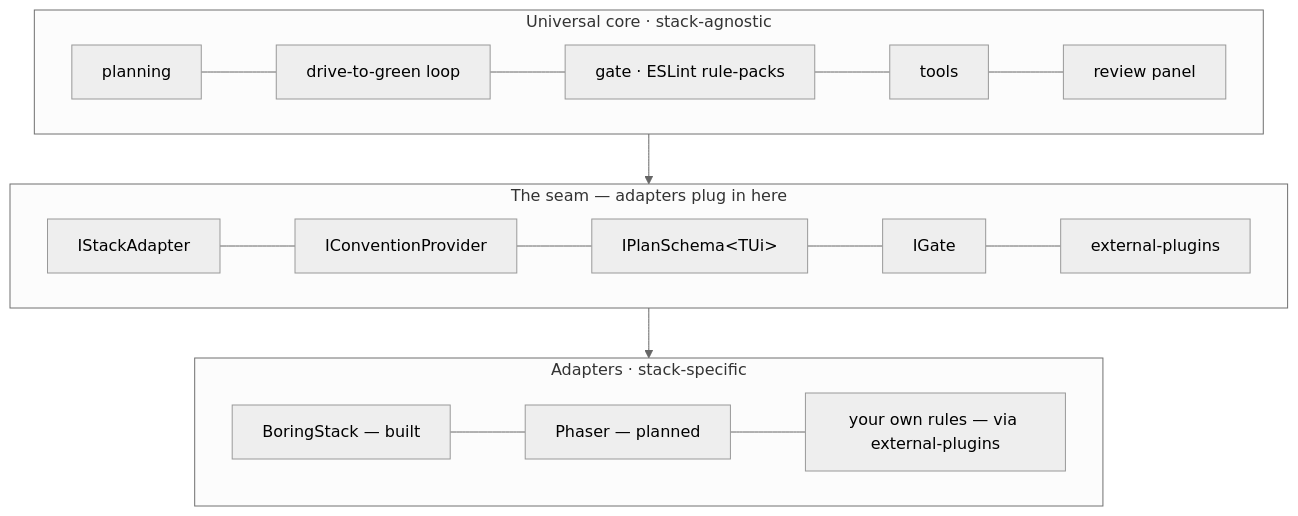
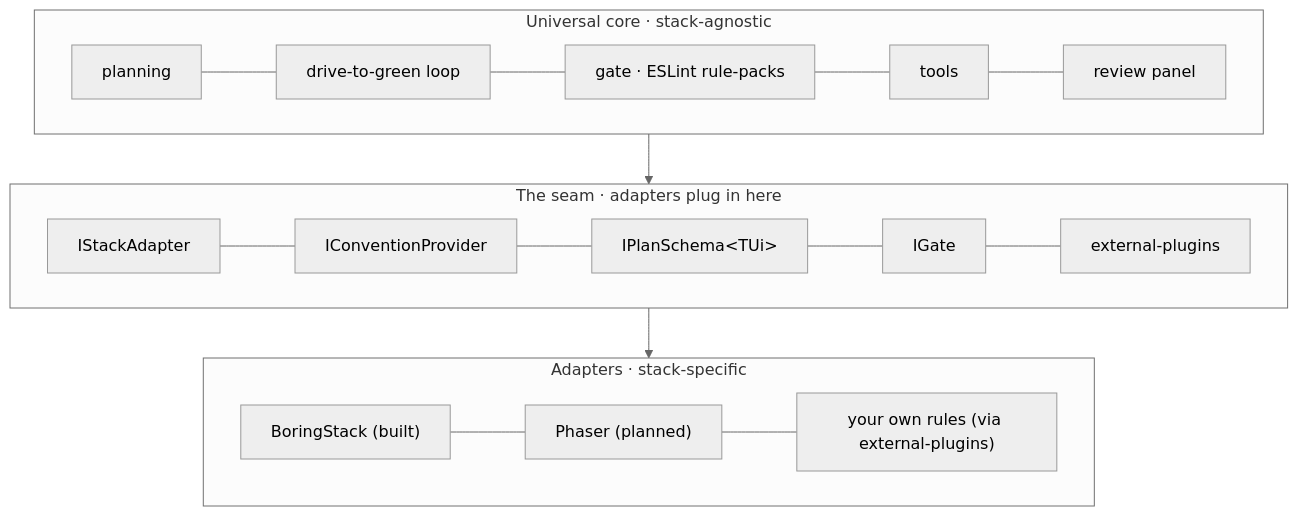
Before and after one commit to agjs/tsforge: the first of 2 diagrams in apps/docs/src/content/docs/big-picture.mdx, drawn with Mermaid (neutral theme). The commit also changed other lines of this file and 37 other files, not shown here.

````diff
--- a/apps/docs/src/content/docs/big-picture.mdx
+++ b/apps/docs/src/content/docs/big-picture.mdx
@@ -16,16 +16,16 @@
 ```mermaid
 flowchart TB
   subgraph core["Universal core · stack-agnostic"]
     direction LR
     A["planning"] --- B["drive-to-green loop"] --- C["gate · ESLint rule-packs"] --- D["tools"] --- E["review panel"]
   end
-  subgraph seam["The seam — adapters plug in here"]
+  subgraph seam["The seam · adapters plug in here"]
     direction LR
     S1["IStackAdapter"] --- S2["IConventionProvider"] --- S3["IPlanSchema&lt;TUi&gt;"] --- S4["IGate"] --- S5["external-plugins"]
   end
   subgraph adapters["Adapters · stack-specific"]
     direction LR
-    BS["BoringStack — built"] --- PH["Phaser — planned"] --- DD["your own rules — via external-plugins"]
+    BS["BoringStack (built)"] --- PH["Phaser (planned)"] --- DD["your own rules (via external-plugins)"]
   end
   core --> seam --> adapters
 ```
````
